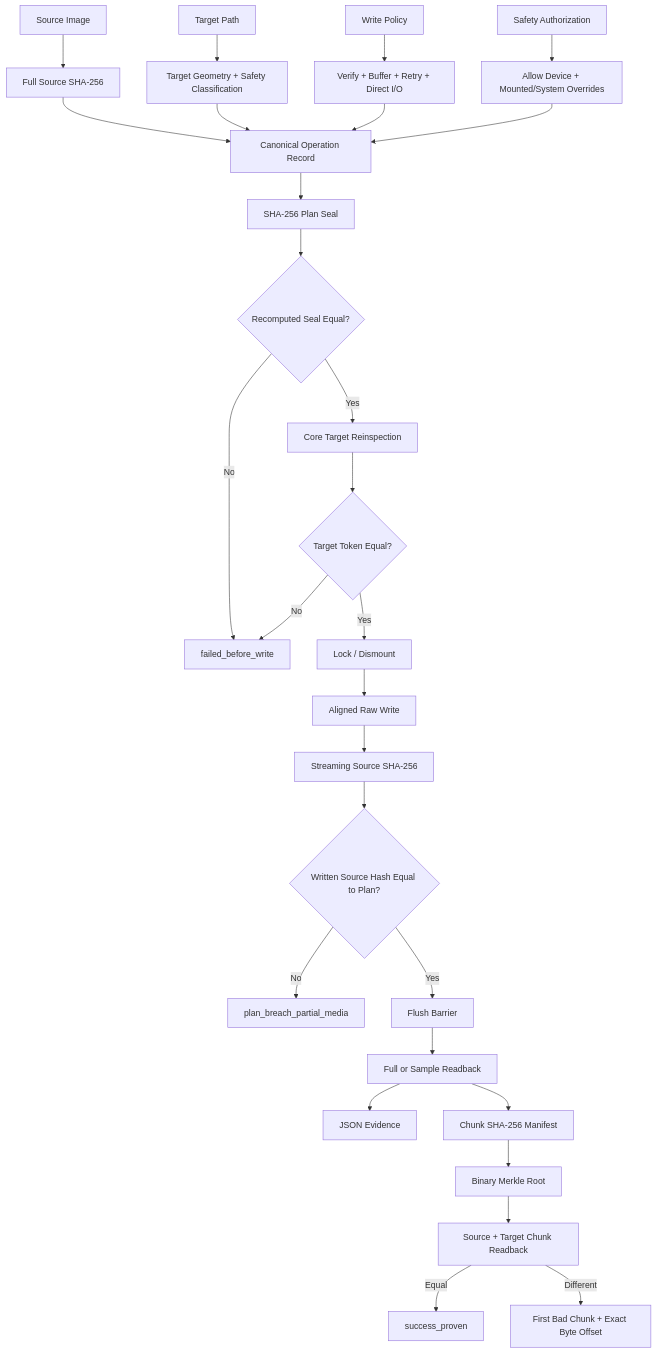
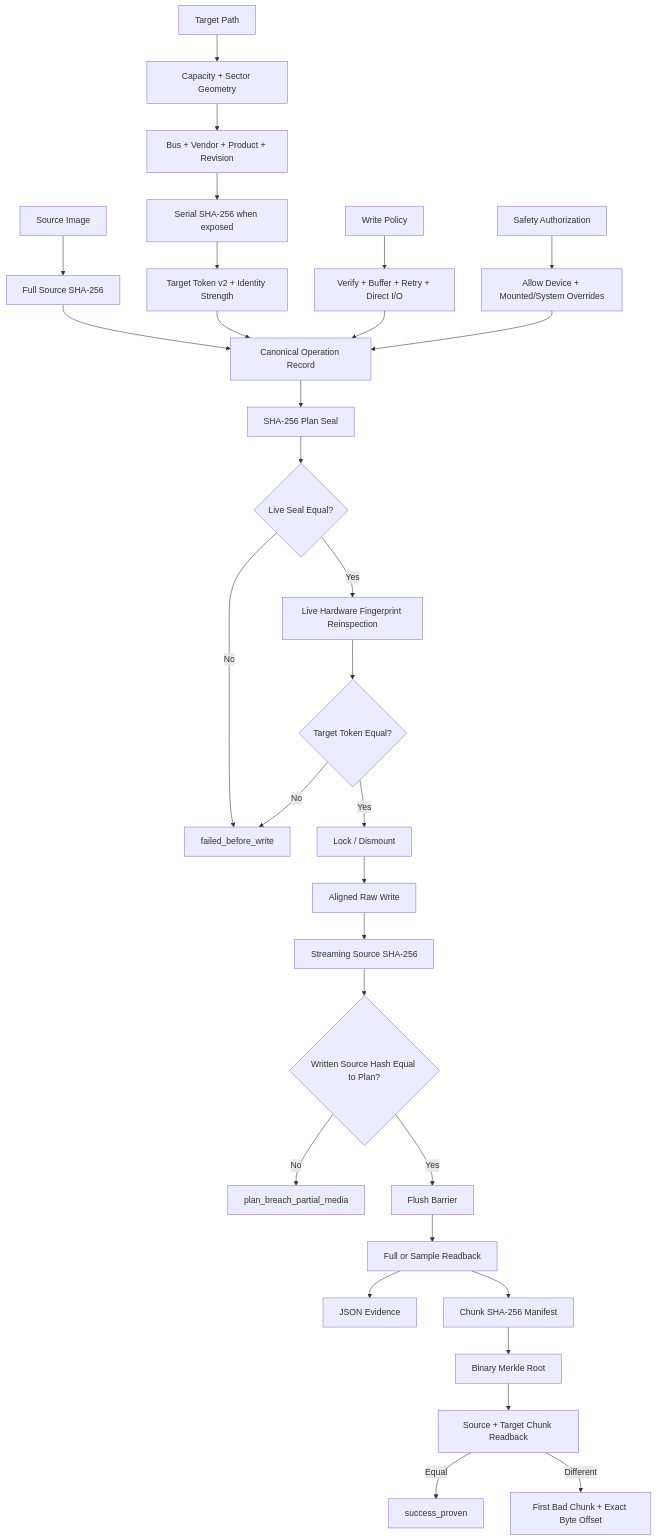
The first of 2 diagrams in docs/ARCHITECTURE.md (Deadbytes101/DEADFLASH), drawn with Mermaid before and after one commit. The commit also changed other lines of this file, not shown here.

Commit message:
define target-token-v2 architecture and identity boundaries

````diff
--- a/docs/ARCHITECTURE.md
+++ b/docs/ARCHITECTURE.md
@@ -25,30 +25,33 @@
 ```mermaid
 flowchart TD
     A[Source Image] --> B[Full Source SHA-256]
-    C[Target Path] --> D[Target Geometry + Safety Classification]
-    E[Write Policy] --> F[Verify + Buffer + Retry + Direct I/O]
-    SA[Safety Authorization] --> SF[Allow Device + Mounted/System Overrides]
-    B --> G[Canonical Operation Record]
-    D --> G
-    F --> G
-    SF --> G
-    G --> H[SHA-256 Plan Seal]
-    H --> I{Recomputed Seal Equal?}
-    I -->|No| X[failed_before_write]
-    I -->|Yes| J[Core Target Reinspection]
-    J --> K{Target Token Equal?}
-    K -->|No| X
-    K -->|Yes| L[Lock / Dismount]
-    L --> M[Aligned Raw Write]
-    M --> N[Streaming Source SHA-256]
-    N --> O{Written Source Hash Equal to Plan?}
-    O -->|No| P[plan_breach_partial_media]
-    O -->|Yes| Q[Flush Barrier]
-    Q --> R[Full or Sample Readback]
-    R --> S[JSON Evidence]
-    R --> T[Chunk SHA-256 Manifest]
-    T --> U[Binary Merkle Root]
-    U --> V[Source + Target Chunk Readback]
-    V -->|Equal| W[success_proven]
-    V -->|Different| Y[First Bad Chunk + Exact Byte Offset]
+    C[Target Path] --> D[Capacity + Sector Geometry]
+    D --> E[Bus + Vendor + Product + Revision]
+    E --> F[Serial SHA-256 when exposed]
+    F --> G[Target Token v2 + Identity Strength]
+    H[Write Policy] --> I[Verify + Buffer + Retry + Direct I/O]
+    J[Safety Authorization] --> K[Allow Device + Mounted/System Overrides]
+    B --> L[Canonical Operation Record]
+    G --> L
+    I --> L
+    K --> L
+    L --> M[SHA-256 Plan Seal]
+    M --> N{Live Seal Equal?}
+    N -->|No| X[failed_before_write]
+    N -->|Yes| O[Live Hardware Fingerprint Reinspection]
+    O --> P{Target Token Equal?}
+    P -->|No| X
+    P -->|Yes| Q[Lock / Dismount]
+    Q --> R[Aligned Raw Write]
+    R --> S[Streaming Source SHA-256]
+    S --> T{Written Source Hash Equal to Plan?}
+    T -->|No| U[plan_breach_partial_media]
+    T -->|Yes| V[Flush Barrier]
+    V --> W[Full or Sample Readback]
+    W --> EVIDENCE[JSON Evidence]
+    W --> MANIFEST[Chunk SHA-256 Manifest]
+    MANIFEST --> MERKLE[Binary Merkle Root]
+    MERKLE --> PROOF[Source + Target Chunk Readback]
+    PROOF -->|Equal| PROVEN[success_proven]
+    PROOF -->|Different| OFFSET[First Bad Chunk + Exact Byte Offset]
 ```
````
